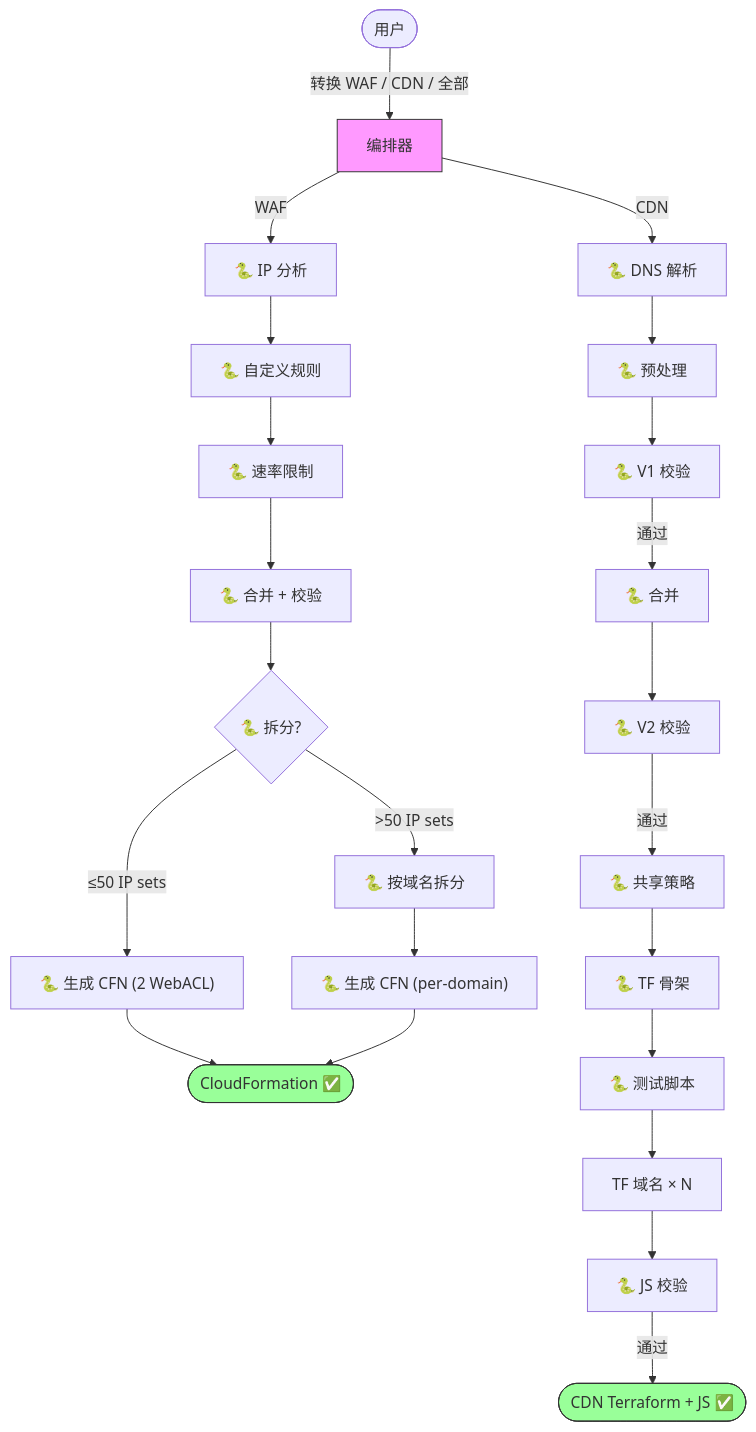
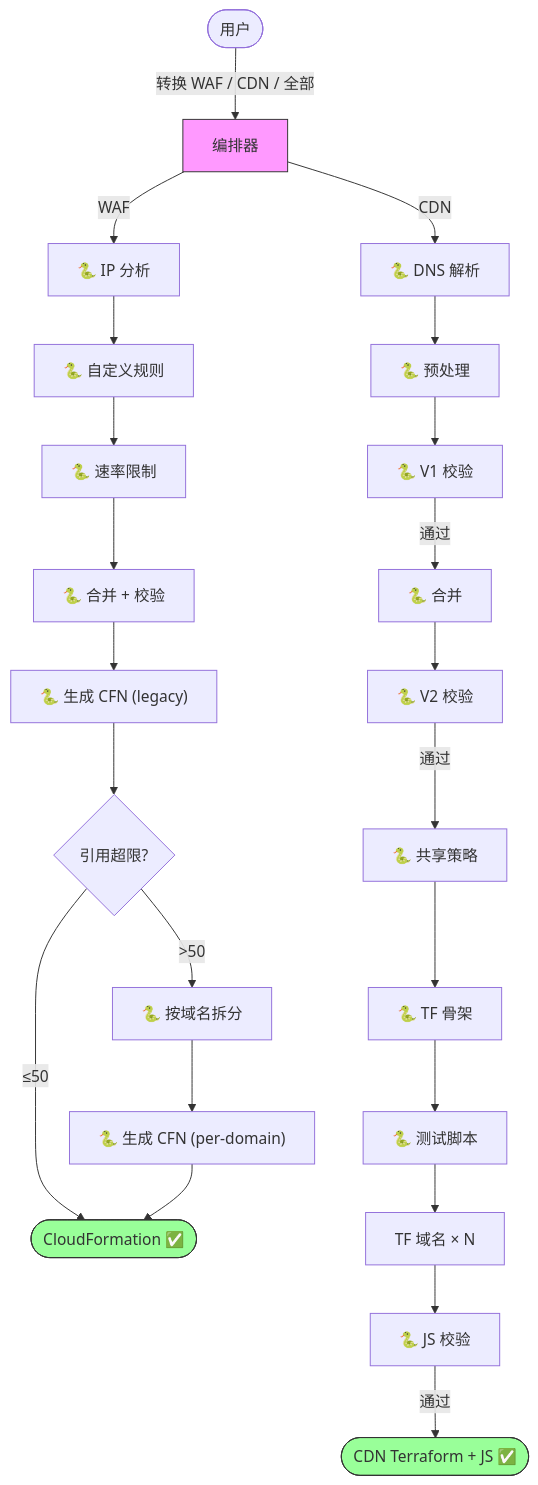
Before and after one commit to chenghit/cloudflare-aws-edge-config-converter: the diagram in README_CN.md, drawn with Mermaid. The commit also changed other lines of this file and 7 other files, not shown here.

````diff
--- a/README_CN.md
+++ b/README_CN.md
@@ -76,22 +76,23 @@
 ```mermaid
 flowchart TD
     User([用户]) -->|"转换 WAF / CDN / 全部"| Main["编排器"]
 
-    Main -->|WAF| WAF_A1["🐍 IP 分析"] --> WAF_A2["🐍 自定义规则"] --> WAF_A3["🐍 速率限制"] --> WAF_M["🐍 合并 + 校验"] --> WAF_S{"🐍 拆分?"} -->|"≤50 IP sets"| WAF_G["🐍 生成 CFN (2 WebACL)"] --> WAF_Done([CloudFormation ✅])
-    WAF_S -->|">50 IP sets"| WAF_SP["🐍 按域名拆分"] --> WAF_GP["🐍 生成 CFN (per-domain)"] --> WAF_Done
+    Main -->|WAF| WAF_A1["🐍 IP 分析"] --> WAF_A2["🐍 自定义规则"] --> WAF_A3["🐍 速率限制"] --> WAF_M["🐍 合并 + 校验"] --> WAF_G["🐍 生成 CFN (legacy)"] --> WAF_C{引用超限?}
+    WAF_C -->|"≤50"| WAF_Done([CloudFormation ✅])
+    WAF_C -->|">50"| WAF_SP["🐍 按域名拆分"] --> WAF_GP["🐍 生成 CFN (per-domain)"] --> WAF_Done
 
     Main -->|CDN| CDN1["🐍 DNS 解析"] --> CDN3["🐍 预处理"]
     CDN3 --> CDN4["🐍 V1 校验"]
     CDN4 -->|通过| CDN5["🐍 合并"]
     CDN5 --> CDN6["🐍 V2 校验"]
     CDN6 -->|通过| CDN7["🐍 共享策略"]
     CDN7 --> CDN75["🐍 TF 骨架"]
     CDN75 --> CDN76["🐍 测试脚本"]
     CDN76 --> CDN8["TF 域名 × N"]
     CDN8 --> CDN9["🐍 JS 校验"]
     CDN9 -->|通过| CDN_Done([CDN Terraform + JS ✅])
 
     style Main fill:#f9f,stroke:#333
     style WAF_Done fill:#9f9,stroke:#333
     style CDN_Done fill:#9f9,stroke:#333
 ```
````
